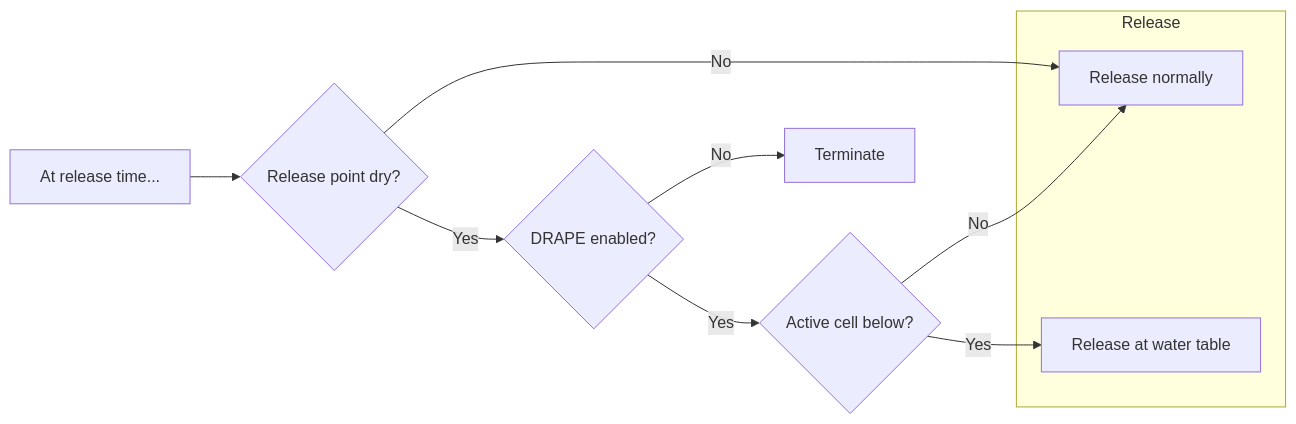
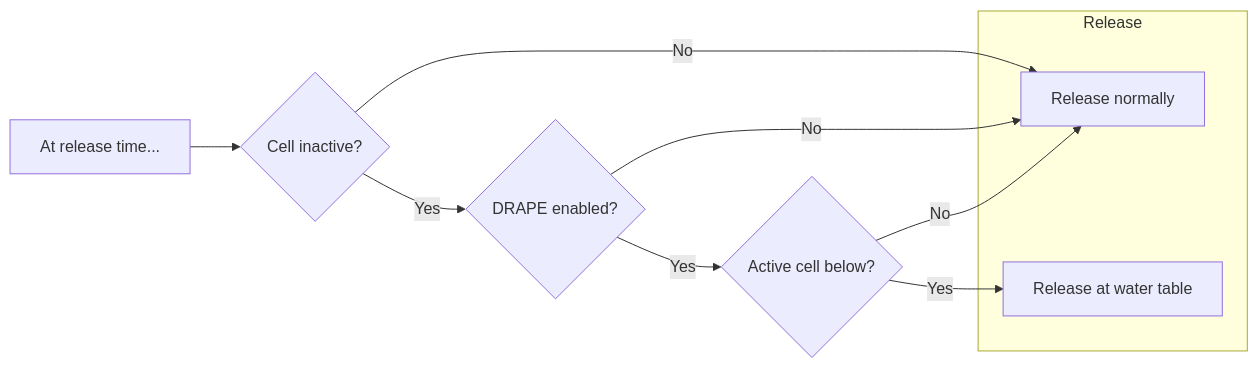
The first of 2 diagrams in src/Solution/ParticleTracker/vertical.md (MODFLOW-USGS/modflow6), drawn with Mermaid before and after one commit. The commit also changed other lines of this file and 1 other file, not shown here.

Commit message:
tidier prp release logic, notes for revised solution, still need to implement

````diff
--- a/src/Solution/ParticleTracker/vertical.md
+++ b/src/Solution/ParticleTracker/vertical.md
@@ -21,15 +23,14 @@
 ```mermaid
 flowchart LR
-    START[At release time...] --> DRY{Release point dry?}
-    DRY --> |No| RELEASE[Release normally]
-    DRY --> |Yes| DRAPE{DRAPE enabled?}
+    START[At release time...] --> INACTIVE{Cell inactive?}
+    INACTIVE --> |No| RELEASE[Release normally]
+    INACTIVE --> |Yes| DRAPE{DRAPE enabled?}
     DRAPE --> |Yes| WETBELOW{Active cell below?}
-    DRAPE --> |No| TERMINATE[Terminate]
+    DRAPE --> |No| RELEASE
     WETBELOW --> |No| RELEASE[Release normally]
     WETBELOW --> |Yes| RELEASE_AT_TABLE[Release at water table]
     subgraph Release
     RELEASE
     RELEASE_AT_TABLE
     end
-    TERMINATE
 ```
````
